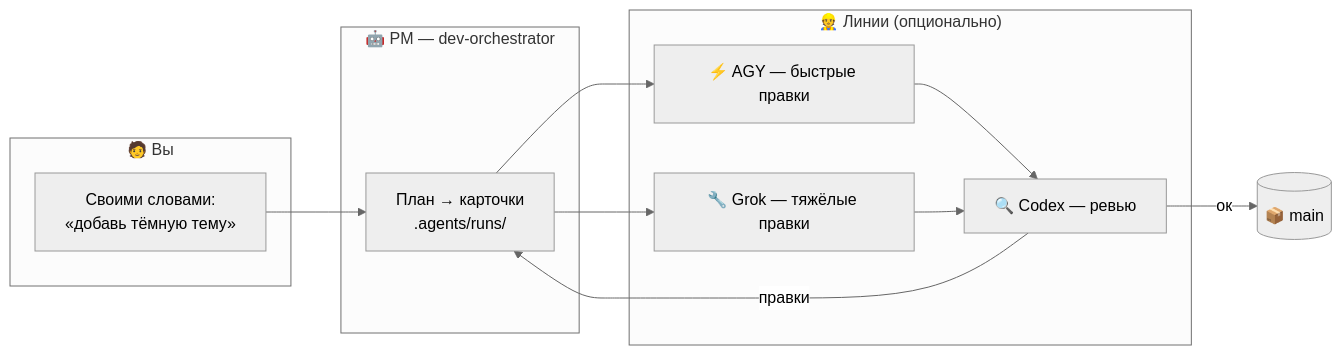
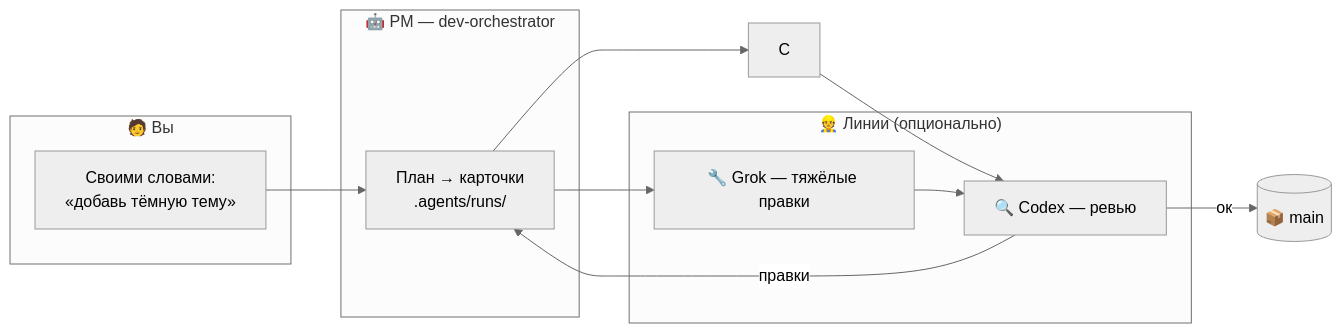
Before and after one commit to VKirill/claude-lane-stack: the diagram in README.ru.md, drawn with Mermaid (neutral theme). The commit also changed other lines of this file and 57 other files, not shown here.

````diff
--- a/README.ru.md
+++ b/README.ru.md
@@ -72,19 +72,18 @@
 ```mermaid
 flowchart LR
     subgraph you ["🧑 Вы"]
         A["Своими словами:<br/>«добавь тёмную тему»"]
     end
     subgraph pm ["🤖 PM — dev-orchestrator"]
         B["План → карточки<br/>.agents/runs/"]
     end
     subgraph lanes ["👷 Линии (опционально)"]
-        C["⚡ AGY — быстрые правки"]
         D["🔧 Grok — тяжёлые правки"]
         E["🔍 Codex — ревью"]
     end
     A --> B
     B --> C & D
     C & D --> E
     E -->|ок| F[("📦 main")]
     E -->|правки| B
 ```
````
